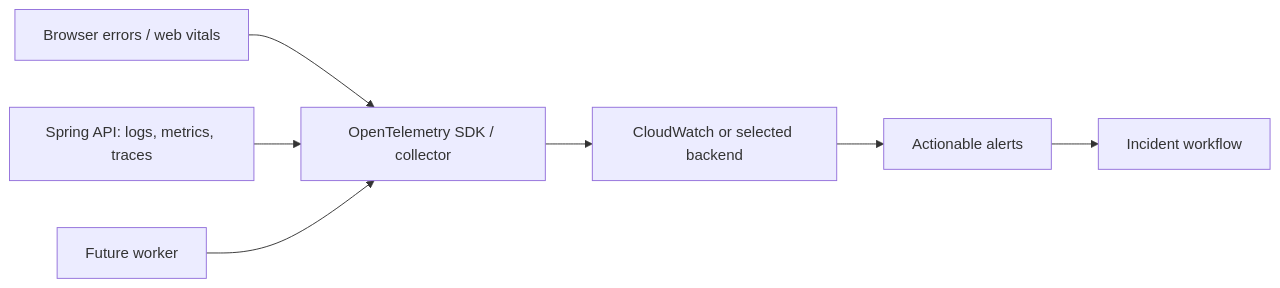
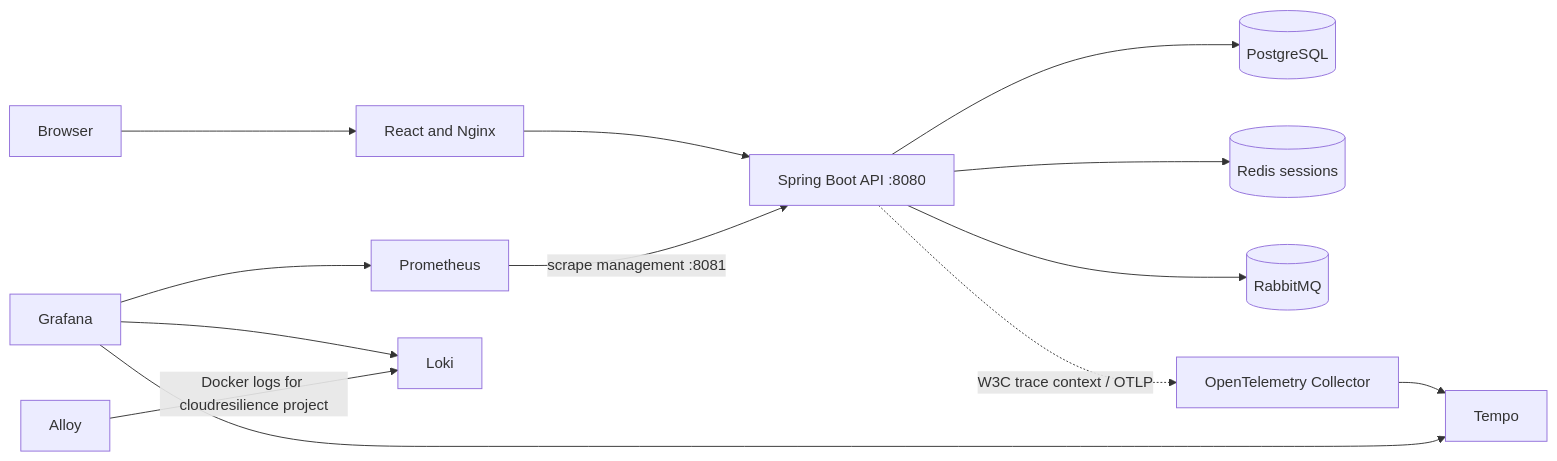
One commit to karkalashivareddy/KLH_CSE_Y25_2026-27_CDIS_S3_Team-9 changed the diagram in docs/03-architecture/OBSERVABILITY_ARCHITECTURE.md. Above: the diagram before and after it, drawn with Mermaid. The commit also changed other lines of this file and 38 other files, not shown here.

````diff
--- a/docs/03-architecture/OBSERVABILITY_ARCHITECTURE.md
+++ b/docs/03-architecture/OBSERVABILITY_ARCHITECTURE.md
@@ -5,9 +9,15 @@
 ```mermaid
 flowchart LR
-  Web[Browser errors / web vitals] --> OTel[OpenTelemetry SDK / collector]
-  API[Spring API: logs, metrics, traces] --> OTel
-  Worker[Future worker] --> OTel
-  OTel --> Backend[CloudWatch or selected backend]
-  Backend --> Alerts[Actionable alerts]
-  Alerts --> Incident[Incident workflow]
+  Browser --> Web[React and Nginx]
+  Web --> API[Spring Boot API :8080]
+  API --> PG[(PostgreSQL)]
+  API --> Redis[(Redis sessions)]
+  API --> Rabbit[(RabbitMQ)]
+  API -. W3C trace context / OTLP .-> Collector[OpenTelemetry Collector]
+  Collector --> Tempo[Tempo]
+  Prometheus -->|scrape management :8081| API
+  Grafana --> Prometheus
+  Grafana --> Loki
+  Grafana --> Tempo
+  Alloy -->|Docker logs for cloudresilience project| Loki
 ```
````
